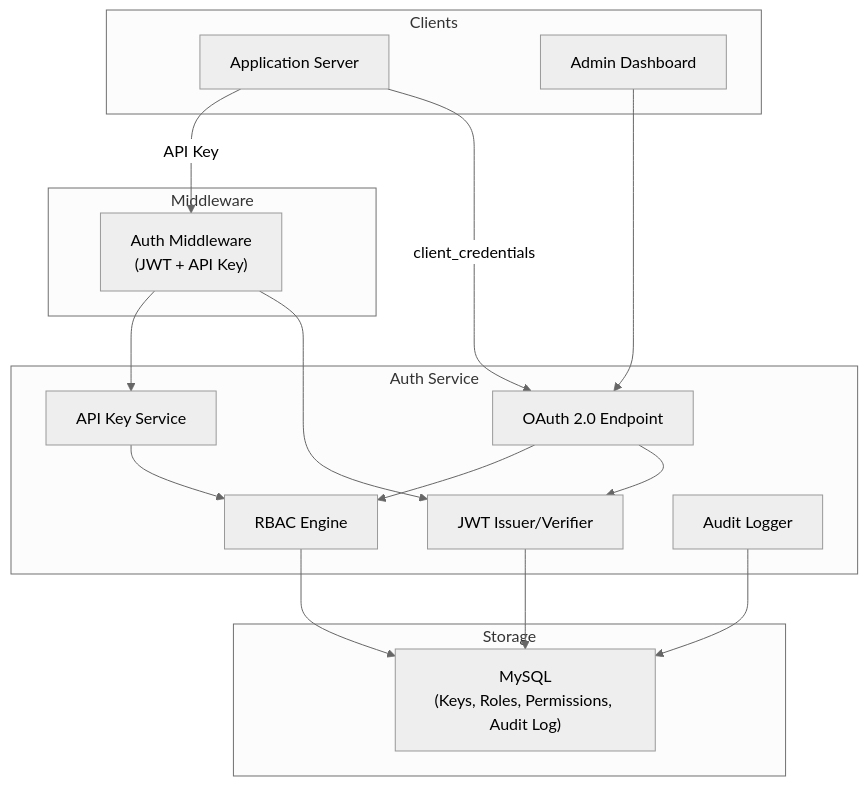
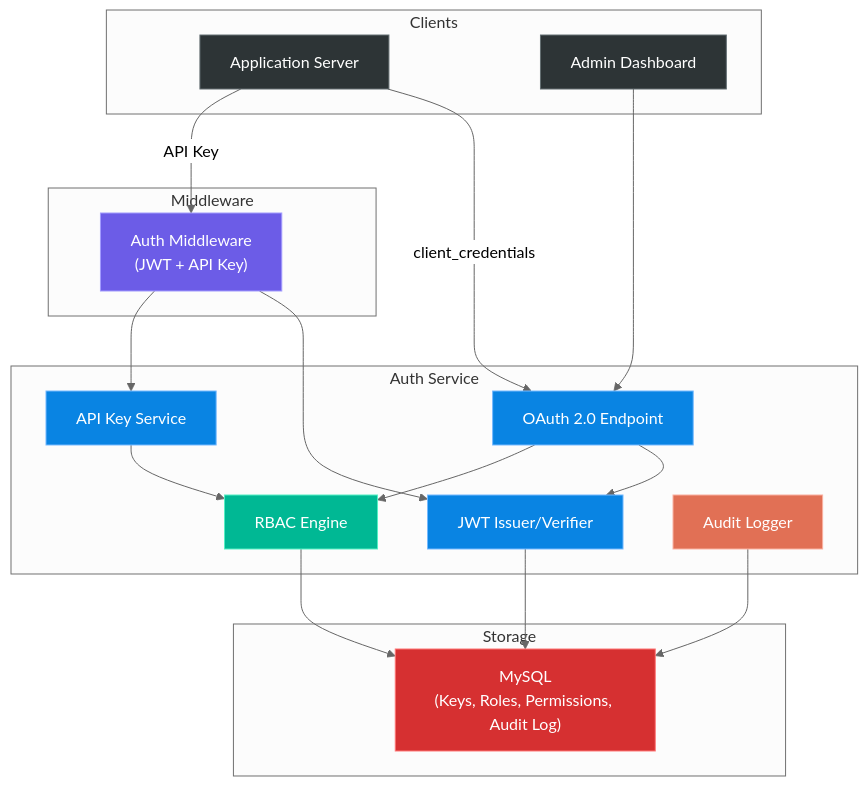
The tenth of 12 diagrams in content/docs/portfolio-preparation-guide-for-backend-engineer-at-straitsx.md (6066606/u), drawn with Mermaid (neutral theme) before and after one commit. The commit also changed other lines of this file and 1 other file, not shown here.

````diff
--- a/content/docs/portfolio-preparation-guide-for-backend-engineer-at-straitsx.md
+++ b/content/docs/portfolio-preparation-guide-for-backend-engineer-at-straitsx.md
@@ -469,36 +1214,45 @@
 ```mermaid
 graph TB
     subgraph "Clients"
         APP["Application Server"]
         ADMIN["Admin Dashboard"]
     end
 
     subgraph "Auth Service"
         OAUTH["OAuth 2.0 Endpoint"]
         APIKEY["API Key Service"]
         JWT["JWT Issuer/Verifier"]
         RBAC["RBAC Engine"]
         AUDIT["Audit Logger"]
     end
 
     subgraph "Middleware"
         AUTH_MW["Auth Middleware<br/>(JWT + API Key)"]
     end
 
     subgraph "Storage"
         MYSQL["MySQL<br/>(Keys, Roles, Permissions, Audit Log)"]
     end
 
     APP -->|"client_credentials"| OAUTH
     APP -->|"API Key"| AUTH_MW
     ADMIN --> OAUTH
     OAUTH --> JWT
     OAUTH --> RBAC
     APIKEY --> RBAC
     AUTH_MW --> JWT
     AUTH_MW --> APIKEY
     RBAC --> MYSQL
     AUDIT --> MYSQL
     JWT --> MYSQL
 
+    style APP fill:#2d3436,stroke:#636e72,color:#fff
+    style ADMIN fill:#2d3436,stroke:#636e72,color:#fff
+    style OAUTH fill:#0984e3,stroke:#74b9ff,color:#fff
+    style APIKEY fill:#0984e3,stroke:#74b9ff,color:#fff
+    style JWT fill:#0984e3,stroke:#74b9ff,color:#fff
+    style RBAC fill:#00b894,stroke:#55efc4,color:#fff
+    style AUDIT fill:#e17055,stroke:#fab1a0,color:#fff
+    style AUTH_MW fill:#6c5ce7,stroke:#a29bfe,color:#fff
+    style MYSQL fill:#d63031,stroke:#ff7675,color:#fff
 ```
````
